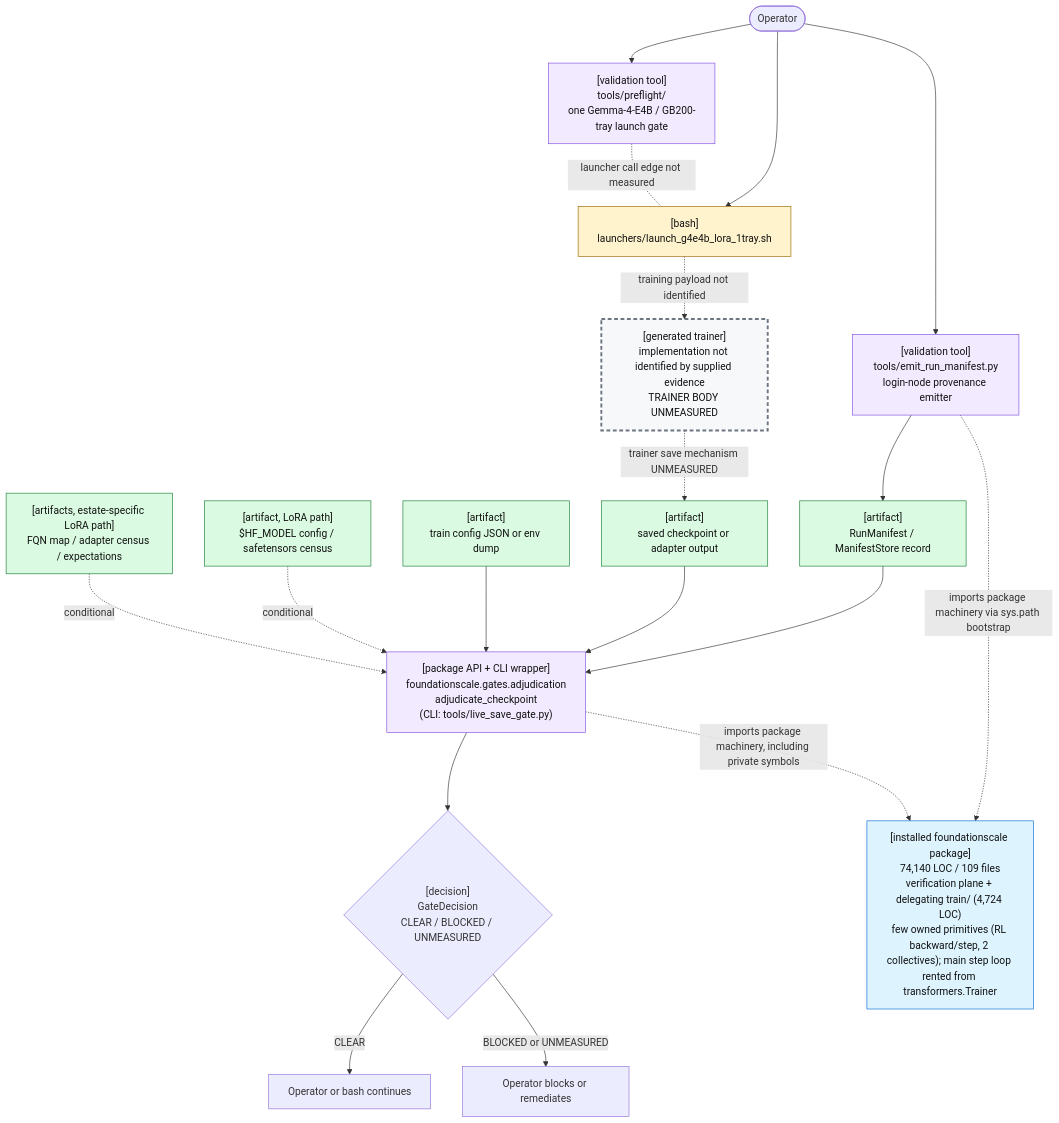
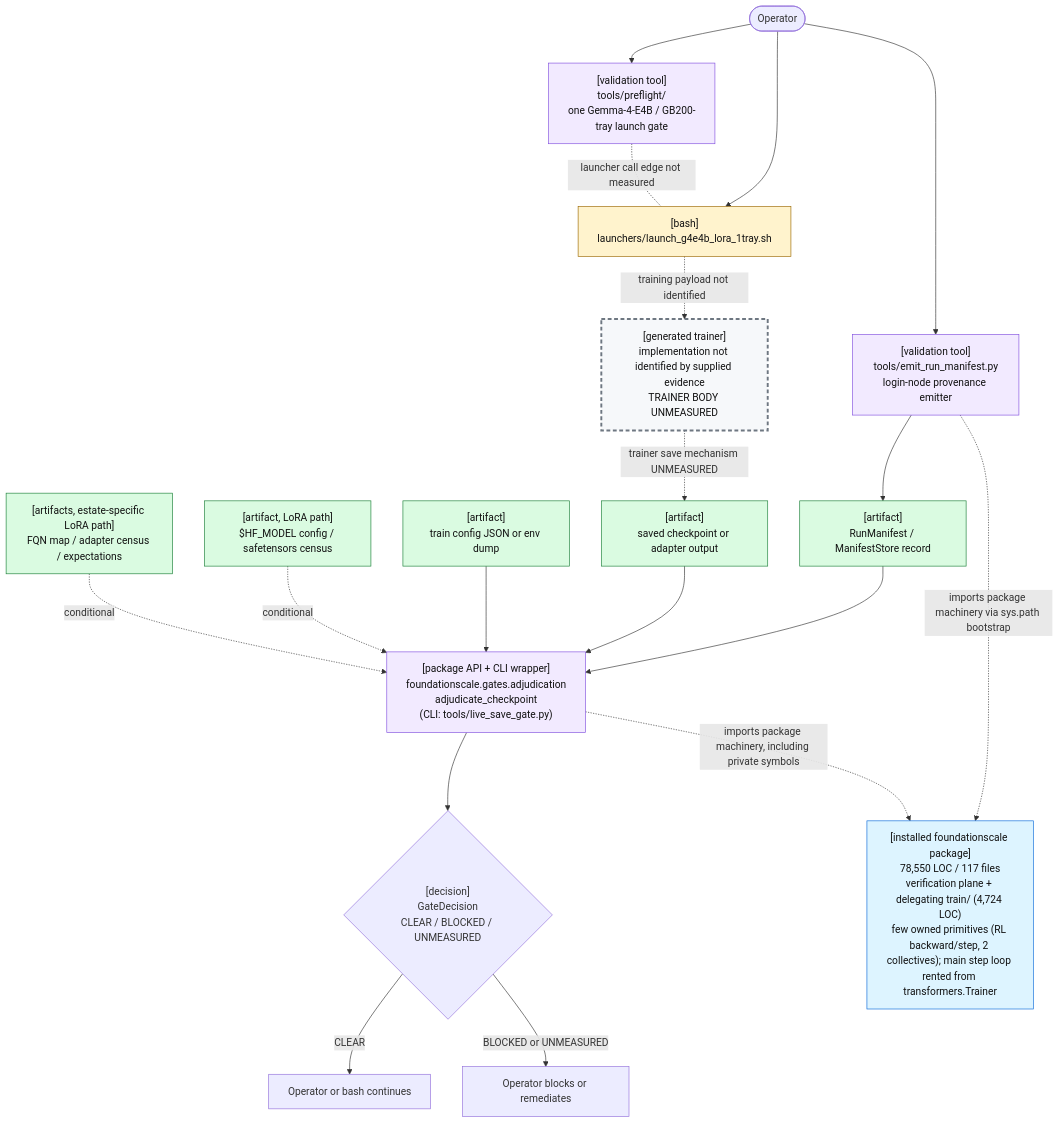
Before and after one commit to TranNhiem/FoundationScale: the first of 2 diagrams in docs/review/D2_current_architecture.md, drawn with Mermaid. The commit also changed other lines of this file and 10 other files, not shown here.

````diff
--- a/docs/review/D2_current_architecture.md
+++ b/docs/review/D2_current_architecture.md
@@ -25,59 +25,59 @@
 ```mermaid
 flowchart TB
   O(["Operator"])
 
   PF["[validation tool]<br/>tools/preflight/<br/>one Gemma-4-E4B / GB200-tray launch gate"]
   L["[bash]<br/>launchers/launch_g4e4b_lora_1tray.sh"]
 
   E["[validation tool]<br/>tools/emit_run_manifest.py<br/>login-node provenance emitter"]
   M["[artifact]<br/>RunManifest / ManifestStore record"]
 
   T["[generated trainer]<br/>implementation not identified by supplied evidence<br/>TRAINER BODY UNMEASURED"]
   C["[artifact]<br/>saved checkpoint or adapter output"]
 
   G["[package API + CLI wrapper]<br/>foundationscale.gates.adjudication<br/>adjudicate_checkpoint<br/>(CLI: tools/live_save_gate.py)"]
   CFG["[artifact]<br/>train config JSON or env dump"]
   BASE["[artifact, LoRA path]<br/>$HF_MODEL config / safetensors census"]
   CEN["[artifacts, estate-specific LoRA path]<br/>FQN map / adapter census / expectations"]
 
   D{"[decision]<br/>GateDecision<br/>CLEAR / BLOCKED / UNMEASURED"}
   OK["Operator or bash continues"]
   NO["Operator blocks or remediates"]
 
-  PKG["[installed foundationscale package]<br/>74,140 LOC / 109 files<br/>verification plane + delegating train/ (4,724 LOC)<br/>few owned primitives (RL backward/step, 2 collectives); main step loop rented from transformers.Trainer"]
+  PKG["[installed foundationscale package]<br/>78,550 LOC / 117 files<br/>verification plane + delegating train/ (4,724 LOC)<br/>few owned primitives (RL backward/step, 2 collectives); main step loop rented from transformers.Trainer"]
 
   O --> PF
   O --> L
   PF -. "launcher call edge not measured" .- L
 
   O --> E
   E --> M
 
   L -. "training payload not identified" .-> T
   T -. "trainer save mechanism UNMEASURED" .-> C
 
   M --> G
   C --> G
   CFG --> G
   BASE -. "conditional" .-> G
   CEN -. "conditional" .-> G
 
   E -. "imports package machinery via sys.path bootstrap" .-> PKG
   G -. "imports package machinery, including private symbols" .-> PKG
 
   G --> D
   D -->|"CLEAR"| OK
   D -->|"BLOCKED or UNMEASURED"| NO
 
   classDef bash fill:#fff3cd,stroke:#9a6700,color:#111;
   classDef tool fill:#f2eaff,stroke:#8250df,color:#111;
   classDef artifact fill:#dafbe1,stroke:#1a7f37,color:#111;
   classDef gap fill:#f6f8fa,stroke:#6e7781,stroke-width:3px,stroke-dasharray: 6 4,color:#111;
   classDef pkg fill:#ddf4ff,stroke:#0969da,color:#111;
 
   class L bash;
   class PF,E,G tool;
   class M,C,CFG,BASE,CEN artifact;
   class T gap;
   class PKG pkg;
 ```
````
